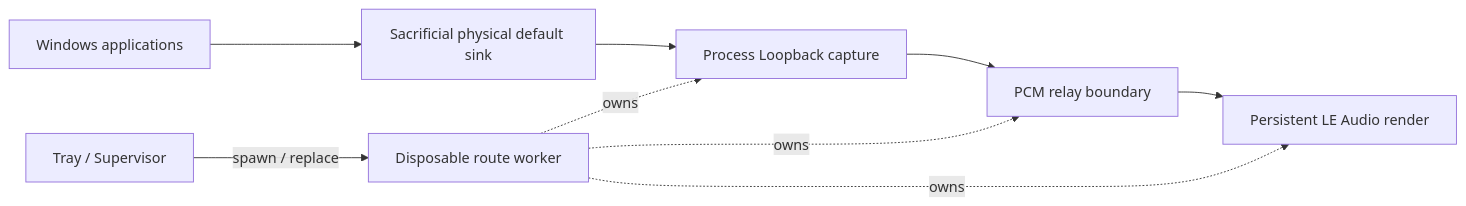
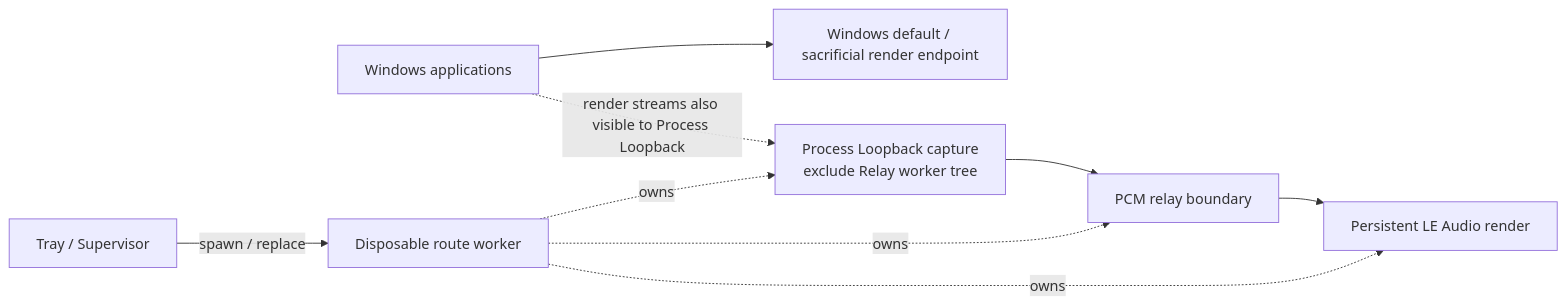
The diagram in README.md (STanJK/LE-Audio-Relay), drawn with Mermaid before and after one commit. The commit also changed other lines of this file, not shown here.

````diff
--- a/README.md
+++ b/README.md
@@ -95,20 +101,20 @@
 ```mermaid
 flowchart LR
     Apps["Windows applications"]
-    Sink["Sacrificial physical default sink"]
-    Capture["Process Loopback capture"]
+    Sink["Windows default / sacrificial render endpoint"]
+    Capture["Process Loopback capture<br/>exclude Relay worker tree"]
     Ring["PCM relay boundary"]
     Buds["Persistent LE Audio render"]
     Supervisor["Tray / Supervisor"]
     Worker["Disposable route worker"]
 
     Apps --> Sink
-    Sink --> Capture
+    Apps -. "render streams also visible to Process Loopback" .-> Capture
     Capture --> Ring
     Ring --> Buds
 
     Supervisor -->|"spawn / replace"| Worker
     Worker -. owns .-> Capture
     Worker -. owns .-> Ring
     Worker -. owns .-> Buds
 ```
````
